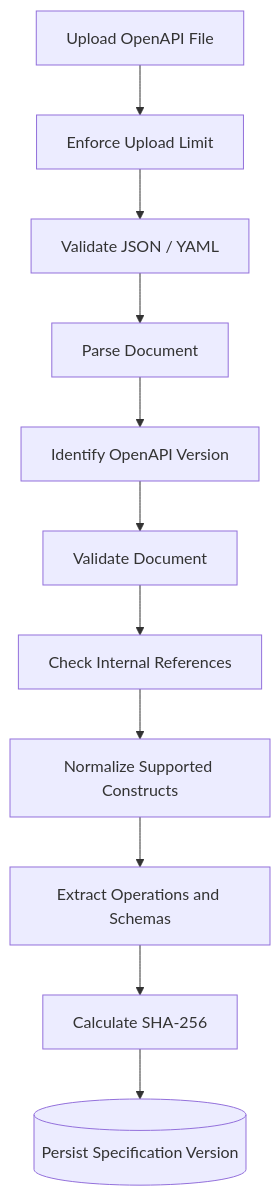
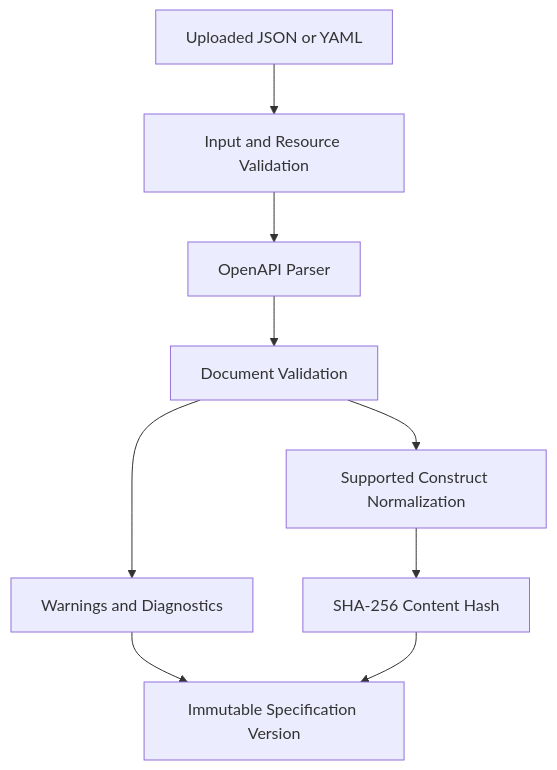
One commit to Swayam-Aggarwal/ContractGuard changed the fourth of 9 diagrams in docs/Architecture.md. Above: the diagram before and after it, drawn with Mermaid. The commit also changed other lines of this file and 40 other files, not shown here.

````diff
--- a/docs/Architecture.md
+++ b/docs/Architecture.md
@@ -520,25 +249,20 @@
 ```mermaid
 flowchart TD
-    UPLOAD["Upload OpenAPI File"]
-    SIZE["Enforce Upload Limit"]
-    FORMAT["Validate JSON / YAML"]
-    PARSE["Parse Document"]
-    VERSION["Identify OpenAPI Version"]
-    VALIDATE["Validate Document"]
-    REFERENCE["Check Internal References"]
-    NORMALIZE["Normalize Supported Constructs"]
-    OPERATIONS["Extract Operations and Schemas"]
-    HASH["Calculate SHA-256"]
-    STORE[("Persist Specification Version")]
+    Upload["Uploaded JSON or YAML"]
+    Input["Input and Resource Validation"]
+    Parser["OpenAPI Parser"]
+    Validator["Document Validation"]
+    Normalizer["Supported Construct Normalization"]
+    Diagnostics["Warnings and Diagnostics"]
+    Hash["SHA-256 Content Hash"]
+    Persist["Immutable Specification Version"]
 
-    UPLOAD --> SIZE
-    SIZE --> FORMAT
-    FORMAT --> PARSE
-    PARSE --> VERSION
-    VERSION --> VALIDATE
-    VALIDATE --> REFERENCE
-    REFERENCE --> NORMALIZE
-    NORMALIZE --> OPERATIONS
-    OPERATIONS --> HASH
-    HASH --> STORE
+    Upload --> Input
+    Input --> Parser
+    Parser --> Validator
+    Validator --> Normalizer
+    Validator --> Diagnostics
+    Normalizer --> Hash
+    Diagnostics --> Persist
+    Hash --> Persist
 ```
````
